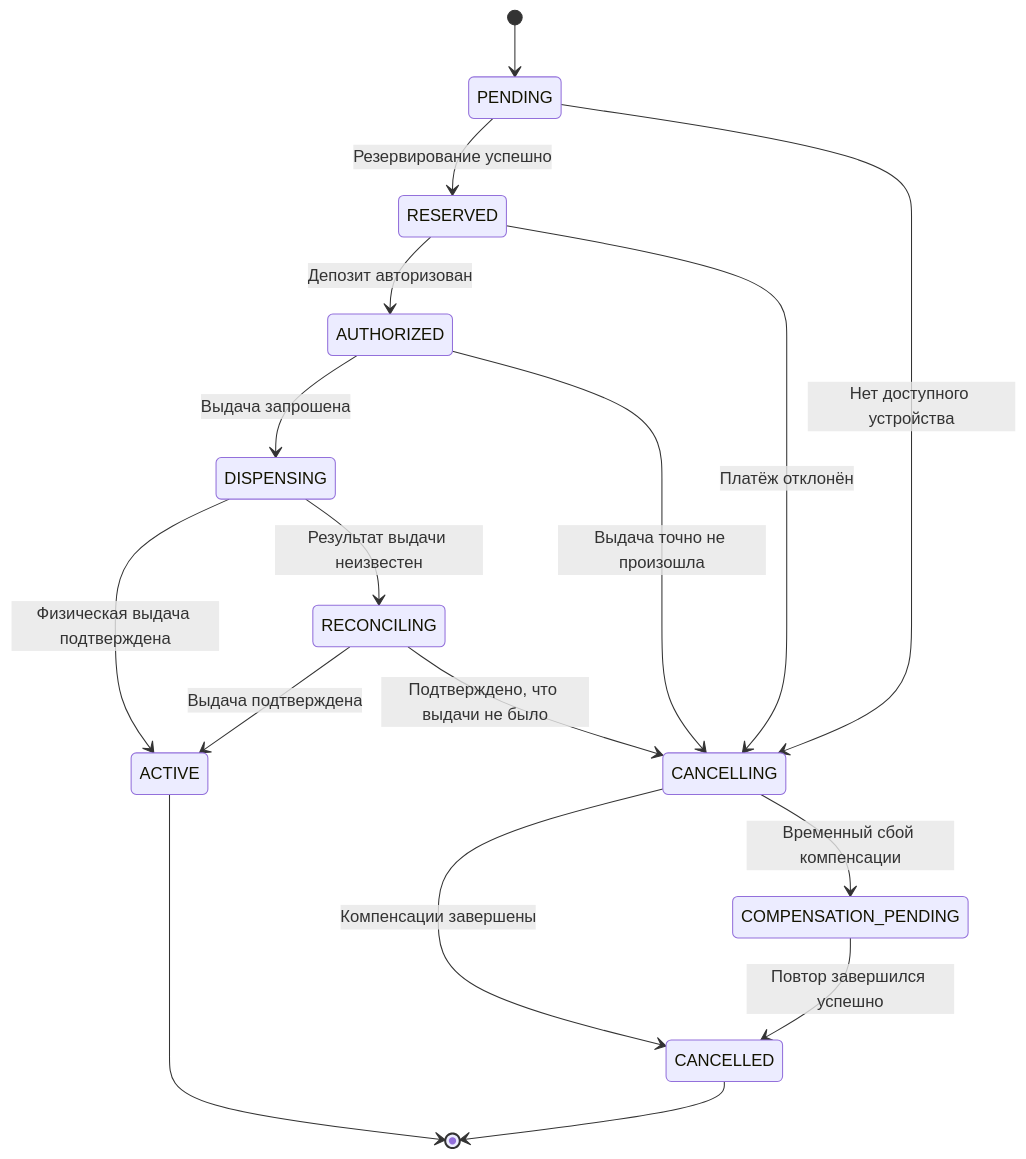
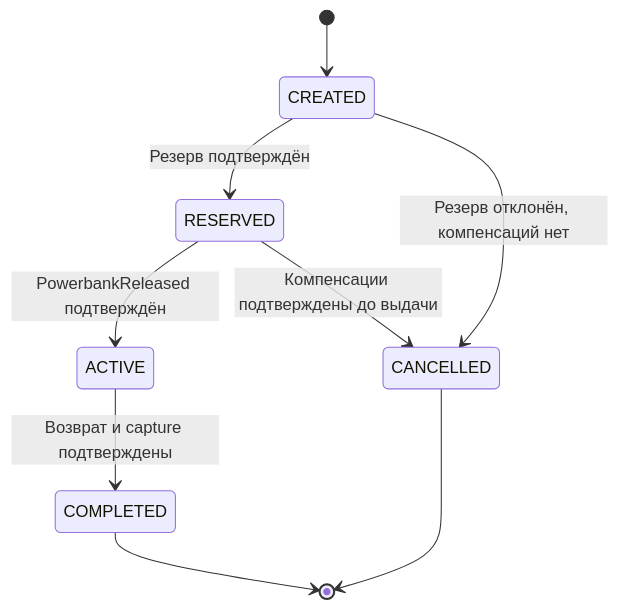
One commit to mariednsk/powerbank-rental changed the first of 5 diagrams in docs/process.md. Above: the diagram before and after it, drawn with Mermaid. The commit also changed other lines of this file, not shown here.

````diff
--- a/docs/process.md
+++ b/docs/process.md
@@ -23,19 +47,11 @@
 ```mermaid
 stateDiagram-v2
-    [*] --> PENDING
-    PENDING --> RESERVED: Резервирование успешно
-    RESERVED --> AUTHORIZED: Депозит авторизован
-    AUTHORIZED --> DISPENSING: Выдача запрошена
-    DISPENSING --> ACTIVE: Физическая выдача подтверждена
-    PENDING --> CANCELLING: Нет доступного устройства
-    RESERVED --> CANCELLING: Платёж отклонён
-    AUTHORIZED --> CANCELLING: Выдача точно не произошла
-    DISPENSING --> RECONCILING: Результат выдачи неизвестен
-    RECONCILING --> ACTIVE: Выдача подтверждена
-    RECONCILING --> CANCELLING: Подтверждено, что выдачи не было
-    CANCELLING --> CANCELLED: Компенсации завершены
-    CANCELLING --> COMPENSATION_PENDING: Временный сбой компенсации
-    COMPENSATION_PENDING --> CANCELLED: Повтор завершился успешно
-    ACTIVE --> [*]
+    [*] --> CREATED
+    CREATED --> RESERVED: Резерв подтверждён
+    CREATED --> CANCELLED: Резерв отклонён, компенсаций нет
+    RESERVED --> ACTIVE: PowerbankReleased подтверждён
+    RESERVED --> CANCELLED: Компенсации подтверждены до выдачи
+    ACTIVE --> COMPLETED: Возврат и capture подтверждены
+    COMPLETED --> [*]
     CANCELLED --> [*]
 ```
````
